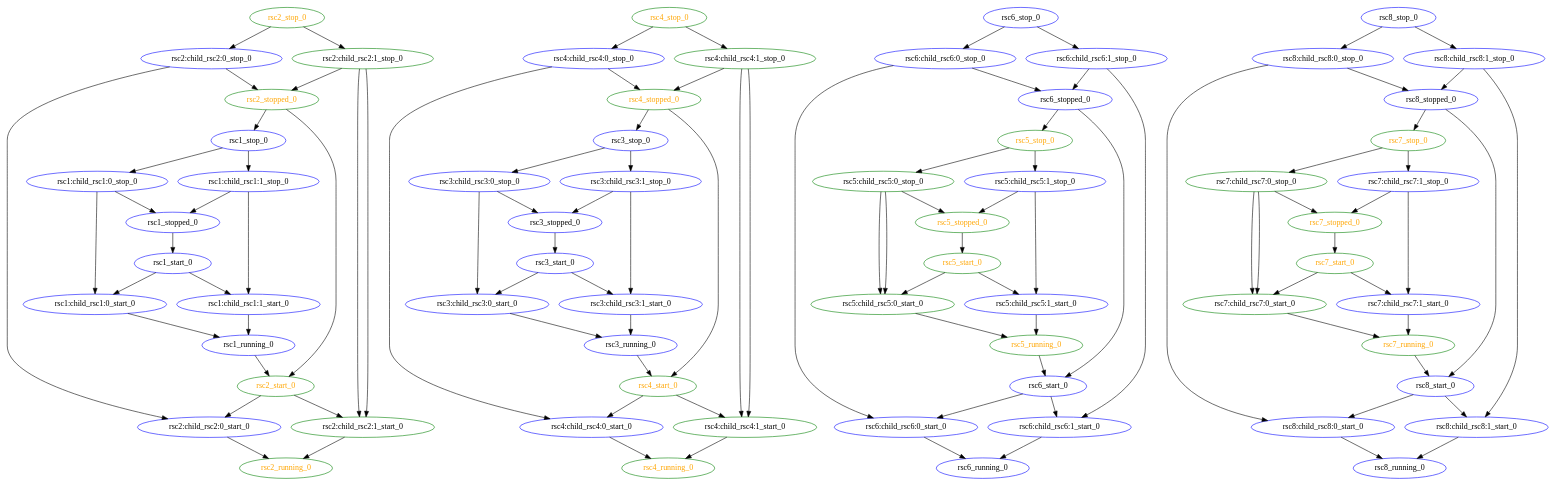
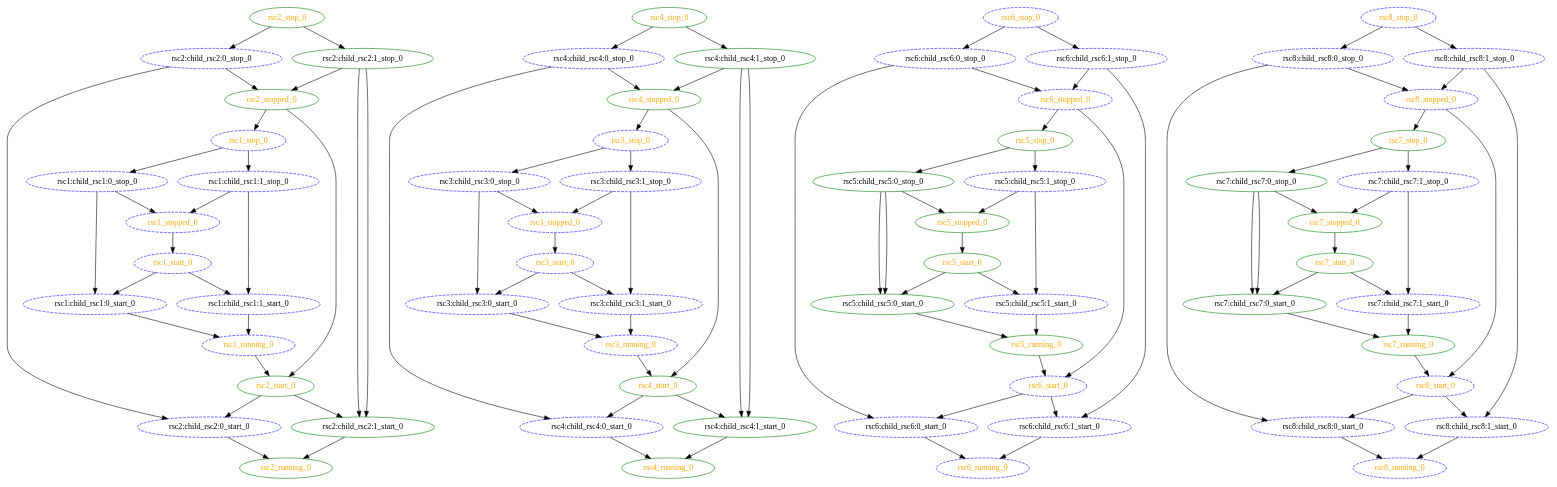
The diagram in crm/pengine/testcases/inc5.dot (richiewen8/heartbeat), drawn with Graphviz before and after one commit. The commit also changed 91 other files, not shown here.

```diff
--- a/crm/pengine/testcases/inc5.dot
+++ b/crm/pengine/testcases/inc5.dot
@@ -1,167 +1,167 @@
 digraph "g" {
 	size = "30,30"
-"rsc1:child_rsc1:0_stop_0" [ color="blue" ]
-"rsc1:child_rsc1:0_start_0" [ color="blue" ]
-"rsc1:child_rsc1:1_stop_0" [ color="blue" ]
-"rsc1:child_rsc1:1_start_0" [ color="blue" ]
-"rsc1_start_0" [ color="blue" ]
-"rsc1_running_0" [ color="blue" ]
-"rsc1_stop_0" [ color="blue" ]
-"rsc1_stopped_0" [ color="blue" ]
-"rsc2:child_rsc2:0_stop_0" [ color="blue" ]
-"rsc2:child_rsc2:0_start_0" [ color="blue" ]
-"rsc2:child_rsc2:1_stop_0" [ color="green" ]
-"rsc2:child_rsc2:1_start_0" [ color="green" ]
-"rsc2_start_0" [ color="green" fontcolor="orange" ]
-"rsc2_running_0" [ color="green" fontcolor="orange" ]
-"rsc2_stop_0" [ color="green" fontcolor="orange" ]
-"rsc2_stopped_0" [ color="green" fontcolor="orange" ]
-"rsc3:child_rsc3:0_stop_0" [ color="blue" ]
-"rsc3:child_rsc3:0_start_0" [ color="blue" ]
-"rsc3:child_rsc3:1_stop_0" [ color="blue" ]
-"rsc3:child_rsc3:1_start_0" [ color="blue" ]
-"rsc3_start_0" [ color="blue" ]
-"rsc3_running_0" [ color="blue" ]
-"rsc3_stop_0" [ color="blue" ]
-"rsc3_stopped_0" [ color="blue" ]
-"rsc4:child_rsc4:0_stop_0" [ color="blue" ]
-"rsc4:child_rsc4:0_start_0" [ color="blue" ]
-"rsc4:child_rsc4:1_stop_0" [ color="green" ]
-"rsc4:child_rsc4:1_start_0" [ color="green" ]
-"rsc4_start_0" [ color="green" fontcolor="orange" ]
-"rsc4_running_0" [ color="green" fontcolor="orange" ]
-"rsc4_stop_0" [ color="green" fontcolor="orange" ]
-"rsc4_stopped_0" [ color="green" fontcolor="orange" ]
-"rsc5:child_rsc5:0_stop_0" [ color="green" ]
-"rsc5:child_rsc5:0_start_0" [ color="green" ]
-"rsc5:child_rsc5:1_stop_0" [ color="blue" ]
-"rsc5:child_rsc5:1_start_0" [ color="blue" ]
-"rsc5_start_0" [ color="green" fontcolor="orange" ]
-"rsc5_running_0" [ color="green" fontcolor="orange" ]
-"rsc5_stop_0" [ color="green" fontcolor="orange" ]
-"rsc5_stopped_0" [ color="green" fontcolor="orange" ]
-"rsc6:child_rsc6:0_stop_0" [ color="blue" ]
-"rsc6:child_rsc6:0_start_0" [ color="blue" ]
-"rsc6:child_rsc6:1_stop_0" [ color="blue" ]
-"rsc6:child_rsc6:1_start_0" [ color="blue" ]
-"rsc6_start_0" [ color="blue" ]
-"rsc6_running_0" [ color="blue" ]
-"rsc6_stop_0" [ color="blue" ]
-"rsc6_stopped_0" [ color="blue" ]
-"rsc7:child_rsc7:0_stop_0" [ color="green" ]
-"rsc7:child_rsc7:0_start_0" [ color="green" ]
-"rsc7:child_rsc7:1_stop_0" [ color="blue" ]
-"rsc7:child_rsc7:1_start_0" [ color="blue" ]
-"rsc7_start_0" [ color="green" fontcolor="orange" ]
-"rsc7_running_0" [ color="green" fontcolor="orange" ]
-"rsc7_stop_0" [ color="green" fontcolor="orange" ]
-"rsc7_stopped_0" [ color="green" fontcolor="orange" ]
-"rsc8:child_rsc8:0_stop_0" [ color="blue" ]
-"rsc8:child_rsc8:0_start_0" [ color="blue" ]
-"rsc8:child_rsc8:1_stop_0" [ color="blue" ]
-"rsc8:child_rsc8:1_start_0" [ color="blue" ]
-"rsc8_start_0" [ color="blue" ]
-"rsc8_running_0" [ color="blue" ]
-"rsc8_stop_0" [ color="blue" ]
-"rsc8_stopped_0" [ color="blue" ]
+"rsc1:child_rsc1:0_stop_0" [ style="dashed" color="blue" fontcolor="black" ]
+"rsc1:child_rsc1:0_start_0" [ style="dashed" color="blue" fontcolor="black" ]
+"rsc1:child_rsc1:1_stop_0" [ style="dashed" color="blue" fontcolor="black" ]
+"rsc1:child_rsc1:1_start_0" [ style="dashed" color="blue" fontcolor="black" ]
+"rsc1_start_0" [ style="dashed" color="blue" fontcolor="orange" ]
+"rsc1_running_0" [ style="dashed" color="blue" fontcolor="orange" ]
+"rsc1_stop_0" [ style="dashed" color="blue" fontcolor="orange" ]
+"rsc1_stopped_0" [ style="dashed" color="blue" fontcolor="orange" ]
+"rsc2:child_rsc2:0_stop_0" [ style="dashed" color="blue" fontcolor="black" ]
+"rsc2:child_rsc2:0_start_0" [ style="dashed" color="blue" fontcolor="black" ]
+"rsc2:child_rsc2:1_stop_0" [ tooltip="node1" color="green" fontcolor="black" ]
+"rsc2:child_rsc2:1_start_0" [ tooltip="node2" color="green" fontcolor="black" ]
+"rsc2_start_0" [ tooltip="" color="green" fontcolor="orange" ]
+"rsc2_running_0" [ tooltip="" color="green" fontcolor="orange" ]
+"rsc2_stop_0" [ tooltip="" color="green" fontcolor="orange" ]
+"rsc2_stopped_0" [ tooltip="" color="green" fontcolor="orange" ]
+"rsc3:child_rsc3:0_stop_0" [ style="dashed" color="blue" fontcolor="black" ]
+"rsc3:child_rsc3:0_start_0" [ style="dashed" color="blue" fontcolor="black" ]
+"rsc3:child_rsc3:1_stop_0" [ style="dashed" color="blue" fontcolor="black" ]
+"rsc3:child_rsc3:1_start_0" [ style="dashed" color="blue" fontcolor="black" ]
+"rsc3_start_0" [ style="dashed" color="blue" fontcolor="orange" ]
+"rsc3_running_0" [ style="dashed" color="blue" fontcolor="orange" ]
+"rsc3_stop_0" [ style="dashed" color="blue" fontcolor="orange" ]
+"rsc3_stopped_0" [ style="dashed" color="blue" fontcolor="orange" ]
+"rsc4:child_rsc4:0_stop_0" [ style="dashed" color="blue" fontcolor="black" ]
+"rsc4:child_rsc4:0_start_0" [ style="dashed" color="blue" fontcolor="black" ]
+"rsc4:child_rsc4:1_stop_0" [ tooltip="node1" color="green" fontcolor="black" ]
+"rsc4:child_rsc4:1_start_0" [ tooltip="node2" color="green" fontcolor="black" ]
+"rsc4_start_0" [ tooltip="" color="green" fontcolor="orange" ]
+"rsc4_running_0" [ tooltip="" color="green" fontcolor="orange" ]
+"rsc4_stop_0" [ tooltip="" color="green" fontcolor="orange" ]
+"rsc4_stopped_0" [ tooltip="" color="green" fontcolor="orange" ]
+"rsc5:child_rsc5:0_stop_0" [ tooltip="node2" color="green" fontcolor="black" ]
+"rsc5:child_rsc5:0_start_0" [ tooltip="node1" color="green" fontcolor="black" ]
+"rsc5:child_rsc5:1_stop_0" [ style="dashed" color="blue" fontcolor="black" ]
+"rsc5:child_rsc5:1_start_0" [ style="dashed" color="blue" fontcolor="black" ]
+"rsc5_start_0" [ tooltip="" color="green" fontcolor="orange" ]
+"rsc5_running_0" [ tooltip="" color="green" fontcolor="orange" ]
+"rsc5_stop_0" [ tooltip="" color="green" fontcolor="orange" ]
+"rsc5_stopped_0" [ tooltip="" color="green" fontcolor="orange" ]
+"rsc6:child_rsc6:0_stop_0" [ style="dashed" color="blue" fontcolor="black" ]
+"rsc6:child_rsc6:0_start_0" [ style="dashed" color="blue" fontcolor="black" ]
+"rsc6:child_rsc6:1_stop_0" [ style="dashed" color="blue" fontcolor="black" ]
+"rsc6:child_rsc6:1_start_0" [ style="dashed" color="blue" fontcolor="black" ]
+"rsc6_start_0" [ style="dashed" color="blue" fontcolor="orange" ]
+"rsc6_running_0" [ style="dashed" color="blue" fontcolor="orange" ]
+"rsc6_stop_0" [ style="dashed" color="blue" fontcolor="orange" ]
+"rsc6_stopped_0" [ style="dashed" color="blue" fontcolor="orange" ]
+"rsc7:child_rsc7:0_stop_0" [ tooltip="node2" color="green" fontcolor="black" ]
+"rsc7:child_rsc7:0_start_0" [ tooltip="node1" color="green" fontcolor="black" ]
+"rsc7:child_rsc7:1_stop_0" [ style="dashed" color="blue" fontcolor="black" ]
+"rsc7:child_rsc7:1_start_0" [ style="dashed" color="blue" fontcolor="black" ]
+"rsc7_start_0" [ tooltip="" color="green" fontcolor="orange" ]
+"rsc7_running_0" [ tooltip="" color="green" fontcolor="orange" ]
+"rsc7_stop_0" [ tooltip="" color="green" fontcolor="orange" ]
+"rsc7_stopped_0" [ tooltip="" color="green" fontcolor="orange" ]
+"rsc8:child_rsc8:0_stop_0" [ style="dashed" color="blue" fontcolor="black" ]
+"rsc8:child_rsc8:0_start_0" [ style="dashed" color="blue" fontcolor="black" ]
+"rsc8:child_rsc8:1_stop_0" [ style="dashed" color="blue" fontcolor="black" ]
+"rsc8:child_rsc8:1_start_0" [ style="dashed" color="blue" fontcolor="black" ]
+"rsc8_start_0" [ style="dashed" color="blue" fontcolor="orange" ]
+"rsc8_running_0" [ style="dashed" color="blue" fontcolor="orange" ]
+"rsc8_stop_0" [ style="dashed" color="blue" fontcolor="orange" ]
+"rsc8_stopped_0" [ style="dashed" color="blue" fontcolor="orange" ]
 "rsc1_stop_0" -> "rsc1:child_rsc1:0_stop_0"
 "rsc1:child_rsc1:0_stop_0" -> "rsc1:child_rsc1:0_start_0"
 "rsc1_start_0" -> "rsc1:child_rsc1:0_start_0"
 "rsc1_stop_0" -> "rsc1:child_rsc1:1_stop_0"
 "rsc1:child_rsc1:1_stop_0" -> "rsc1:child_rsc1:1_start_0"
 "rsc1_start_0" -> "rsc1:child_rsc1:1_start_0"
 "rsc1_stopped_0" -> "rsc1_start_0"
 "rsc1:child_rsc1:0_start_0" -> "rsc1_running_0"
 "rsc1:child_rsc1:1_start_0" -> "rsc1_running_0"
 "rsc2_stopped_0" -> "rsc1_stop_0"
 "rsc1:child_rsc1:0_stop_0" -> "rsc1_stopped_0"
 "rsc1:child_rsc1:1_stop_0" -> "rsc1_stopped_0"
 "rsc2_stop_0" -> "rsc2:child_rsc2:0_stop_0"
 "rsc2:child_rsc2:0_stop_0" -> "rsc2:child_rsc2:0_start_0"
 "rsc2_start_0" -> "rsc2:child_rsc2:0_start_0"
 "rsc2_stop_0" -> "rsc2:child_rsc2:1_stop_0"
 "rsc2:child_rsc2:1_stop_0" -> "rsc2:child_rsc2:1_start_0"
 "rsc2:child_rsc2:1_stop_0" -> "rsc2:child_rsc2:1_start_0"
 "rsc2_start_0" -> "rsc2:child_rsc2:1_start_0"
 "rsc1_running_0" -> "rsc2_start_0"
 "rsc2_stopped_0" -> "rsc2_start_0"
 "rsc2:child_rsc2:0_start_0" -> "rsc2_running_0"
 "rsc2:child_rsc2:1_start_0" -> "rsc2_running_0"
 "rsc2:child_rsc2:0_stop_0" -> "rsc2_stopped_0"
 "rsc2:child_rsc2:1_stop_0" -> "rsc2_stopped_0"
 "rsc3_stop_0" -> "rsc3:child_rsc3:0_stop_0"
 "rsc3:child_rsc3:0_stop_0" -> "rsc3:child_rsc3:0_start_0"
 "rsc3_start_0" -> "rsc3:child_rsc3:0_start_0"
 "rsc3_stop_0" -> "rsc3:child_rsc3:1_stop_0"
 "rsc3:child_rsc3:1_stop_0" -> "rsc3:child_rsc3:1_start_0"
 "rsc3_start_0" -> "rsc3:child_rsc3:1_start_0"
 "rsc3_stopped_0" -> "rsc3_start_0"
 "rsc3:child_rsc3:0_start_0" -> "rsc3_running_0"
 "rsc3:child_rsc3:1_start_0" -> "rsc3_running_0"
 "rsc4_stopped_0" -> "rsc3_stop_0"
 "rsc3:child_rsc3:0_stop_0" -> "rsc3_stopped_0"
 "rsc3:child_rsc3:1_stop_0" -> "rsc3_stopped_0"
 "rsc4_stop_0" -> "rsc4:child_rsc4:0_stop_0"
 "rsc4:child_rsc4:0_stop_0" -> "rsc4:child_rsc4:0_start_0"
 "rsc4_start_0" -> "rsc4:child_rsc4:0_start_0"
 "rsc4_stop_0" -> "rsc4:child_rsc4:1_stop_0"
 "rsc4:child_rsc4:1_stop_0" -> "rsc4:child_rsc4:1_start_0"
 "rsc4:child_rsc4:1_stop_0" -> "rsc4:child_rsc4:1_start_0"
 "rsc4_start_0" -> "rsc4:child_rsc4:1_start_0"
 "rsc3_running_0" -> "rsc4_start_0"
 "rsc4_stopped_0" -> "rsc4_start_0"
 "rsc4:child_rsc4:0_start_0" -> "rsc4_running_0"
 "rsc4:child_rsc4:1_start_0" -> "rsc4_running_0"
 "rsc4:child_rsc4:0_stop_0" -> "rsc4_stopped_0"
 "rsc4:child_rsc4:1_stop_0" -> "rsc4_stopped_0"
 "rsc5_stop_0" -> "rsc5:child_rsc5:0_stop_0"
 "rsc5:child_rsc5:0_stop_0" -> "rsc5:child_rsc5:0_start_0"
 "rsc5:child_rsc5:0_stop_0" -> "rsc5:child_rsc5:0_start_0"
 "rsc5_start_0" -> "rsc5:child_rsc5:0_start_0"
 "rsc5_stop_0" -> "rsc5:child_rsc5:1_stop_0"
 "rsc5:child_rsc5:1_stop_0" -> "rsc5:child_rsc5:1_start_0"
 "rsc5_start_0" -> "rsc5:child_rsc5:1_start_0"
 "rsc5_stopped_0" -> "rsc5_start_0"
 "rsc5:child_rsc5:0_start_0" -> "rsc5_running_0"
 "rsc5:child_rsc5:1_start_0" -> "rsc5_running_0"
 "rsc6_stopped_0" -> "rsc5_stop_0"
 "rsc5:child_rsc5:0_stop_0" -> "rsc5_stopped_0"
 "rsc5:child_rsc5:1_stop_0" -> "rsc5_stopped_0"
 "rsc6_stop_0" -> "rsc6:child_rsc6:0_stop_0"
 "rsc6:child_rsc6:0_stop_0" -> "rsc6:child_rsc6:0_start_0"
 "rsc6_start_0" -> "rsc6:child_rsc6:0_start_0"
 "rsc6_stop_0" -> "rsc6:child_rsc6:1_stop_0"
 "rsc6:child_rsc6:1_stop_0" -> "rsc6:child_rsc6:1_start_0"
 "rsc6_start_0" -> "rsc6:child_rsc6:1_start_0"
 "rsc5_running_0" -> "rsc6_start_0"
 "rsc6_stopped_0" -> "rsc6_start_0"
 "rsc6:child_rsc6:0_start_0" -> "rsc6_running_0"
 "rsc6:child_rsc6:1_start_0" -> "rsc6_running_0"
 "rsc6:child_rsc6:0_stop_0" -> "rsc6_stopped_0"
 "rsc6:child_rsc6:1_stop_0" -> "rsc6_stopped_0"
 "rsc7_stop_0" -> "rsc7:child_rsc7:0_stop_0"
 "rsc7:child_rsc7:0_stop_0" -> "rsc7:child_rsc7:0_start_0"
 "rsc7:child_rsc7:0_stop_0" -> "rsc7:child_rsc7:0_start_0"
 "rsc7_start_0" -> "rsc7:child_rsc7:0_start_0"
 "rsc7_stop_0" -> "rsc7:child_rsc7:1_stop_0"
 "rsc7:child_rsc7:1_stop_0" -> "rsc7:child_rsc7:1_start_0"
 "rsc7_start_0" -> "rsc7:child_rsc7:1_start_0"
 "rsc7_stopped_0" -> "rsc7_start_0"
 "rsc7:child_rsc7:0_start_0" -> "rsc7_running_0"
 "rsc7:child_rsc7:1_start_0" -> "rsc7_running_0"
 "rsc8_stopped_0" -> "rsc7_stop_0"
 "rsc7:child_rsc7:0_stop_0" -> "rsc7_stopped_0"
 "rsc7:child_rsc7:1_stop_0" -> "rsc7_stopped_0"
 "rsc8_stop_0" -> "rsc8:child_rsc8:0_stop_0"
 "rsc8:child_rsc8:0_stop_0" -> "rsc8:child_rsc8:0_start_0"
 "rsc8_start_0" -> "rsc8:child_rsc8:0_start_0"
 "rsc8_stop_0" -> "rsc8:child_rsc8:1_stop_0"
 "rsc8:child_rsc8:1_stop_0" -> "rsc8:child_rsc8:1_start_0"
 "rsc8_start_0" -> "rsc8:child_rsc8:1_start_0"
 "rsc7_running_0" -> "rsc8_start_0"
 "rsc8_stopped_0" -> "rsc8_start_0"
 "rsc8:child_rsc8:0_start_0" -> "rsc8_running_0"
 "rsc8:child_rsc8:1_start_0" -> "rsc8_running_0"
 "rsc8:child_rsc8:0_stop_0" -> "rsc8_stopped_0"
 "rsc8:child_rsc8:1_stop_0" -> "rsc8_stopped_0"
 }
```
